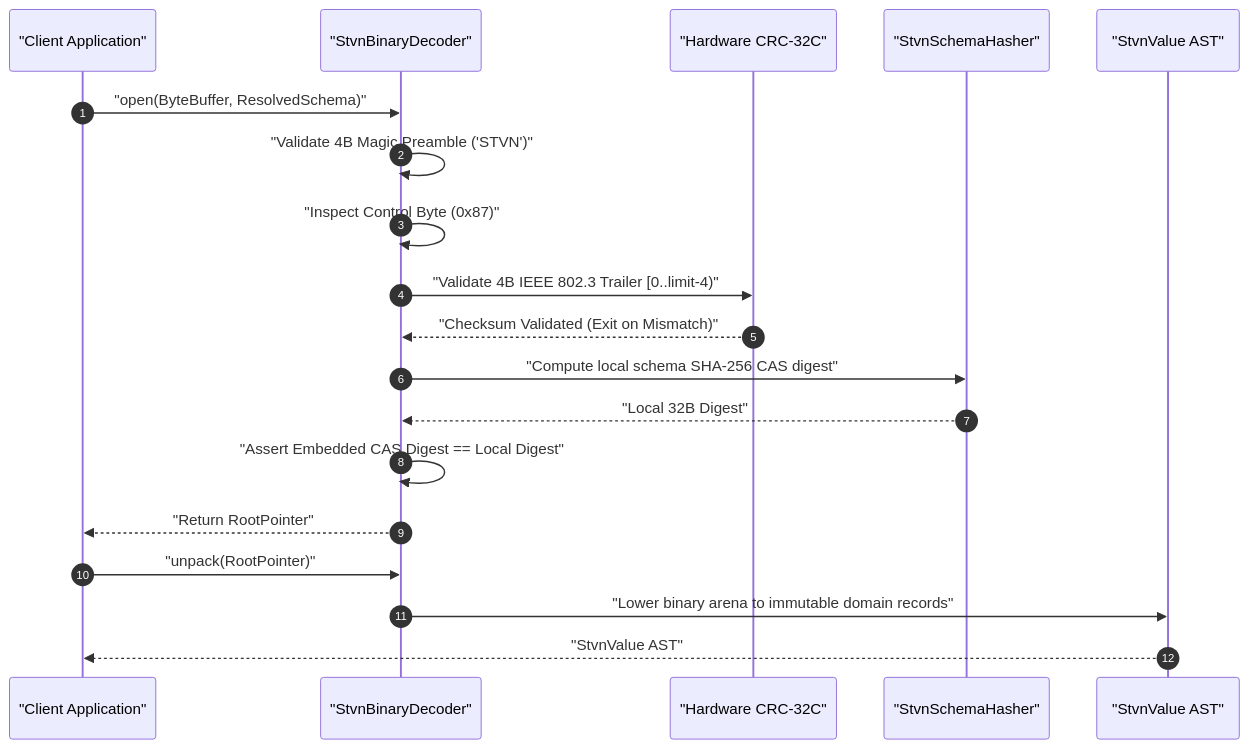
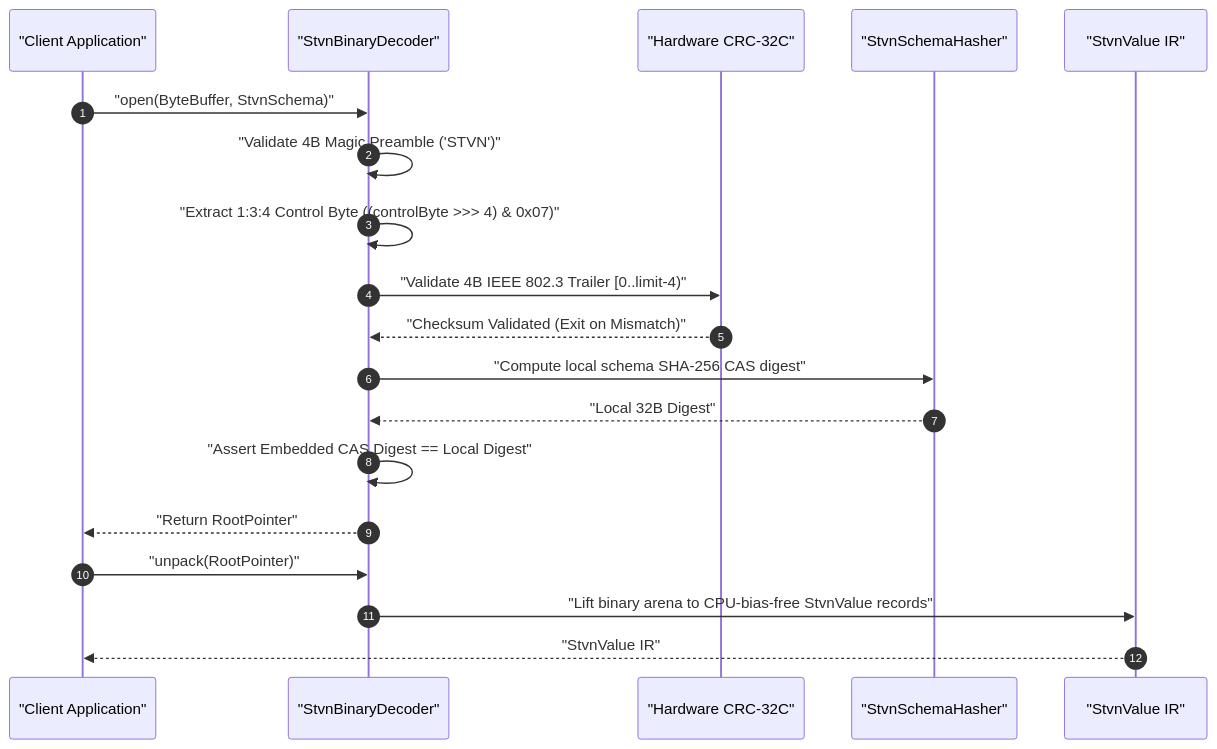
The second of 2 diagrams in docs/architecture/03_BINARY_ENCODING_AND_ZERO_TRUST.md (chaotic3quilibrium/stvnadore-core), drawn with Mermaid before and after one commit. The commit also changed other lines of this file and 76 other files, not shown here.

````diff
--- a/docs/architecture/03_BINARY_ENCODING_AND_ZERO_TRUST.md
+++ b/docs/architecture/03_BINARY_ENCODING_AND_ZERO_TRUST.md
@@ -127,22 +128,22 @@
 ```mermaid
 sequenceDiagram
     autonumber
     participant App as "Client Application"
     participant Dec as "StvnBinaryDecoder"
     participant CRC as "Hardware CRC-32C"
     participant Hash as "StvnSchemaHasher"
-    participant Tree as "StvnValue AST"
+    participant Tree as "StvnValue IR"
 
-    App->>Dec: "open(ByteBuffer, ResolvedSchema)"
+    App->>Dec: "open(ByteBuffer, StvnSchema)"
     Dec->>Dec: "Validate 4B Magic Preamble ('STVN')"
-    Dec->>Dec: "Inspect Control Byte (0x87)"
+    Dec->>Dec: "Extract 1:3:4 Control Byte ((controlByte >>> 4) & 0x07)"
     Dec->>CRC: "Validate 4B IEEE 802.3 Trailer [0..limit-4)"
     CRC-->>Dec: "Checksum Validated (Exit on Mismatch)"
     Dec->>Hash: "Compute local schema SHA-256 CAS digest"
     Hash-->>Dec: "Local 32B Digest"
     Dec->>Dec: "Assert Embedded CAS Digest == Local Digest"
     Dec-->>App: "Return RootPointer"
     App->>Dec: "unpack(RootPointer)"
-    Dec->>Tree: "Lower binary arena to immutable domain records"
-    Tree-->>App: "StvnValue AST"
+    Dec->>Tree: "Lift binary arena to CPU-bias-free StvnValue records"
+    Tree-->>App: "StvnValue IR"
 ```
````
